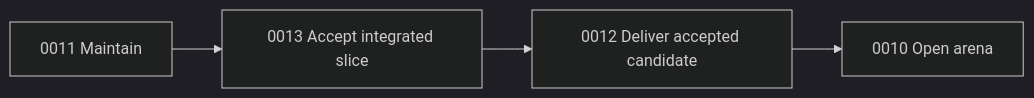
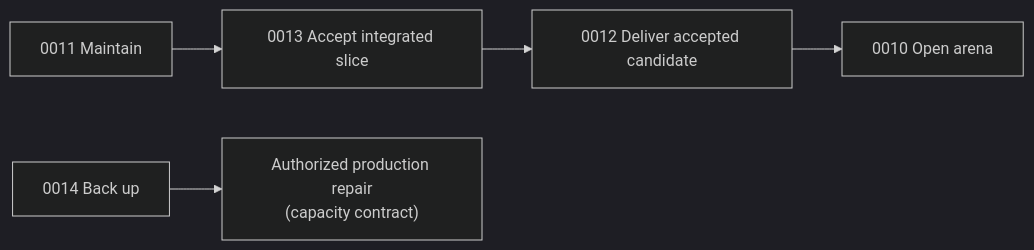
One commit to lengthlong/exercise_arena changed the diagram in journey/OPERATOR.md. Above: the diagram before and after it, drawn with Mermaid (dark theme). The commit also changed other lines of this file and 13 other files, not shown here.

````diff
--- a/journey/OPERATOR.md
+++ b/journey/OPERATOR.md
@@ -11,6 +12,7 @@
 ```mermaid
 flowchart LR
     M["0011 Maintain"] --> A["0013 Accept integrated slice"]
     A --> D["0012 Deliver accepted candidate"]
     D --> U["0010 Open arena"]
+    B["0014 Back up"] --> C["Authorized production repair<br/>(capacity contract)"]
 ```
````
